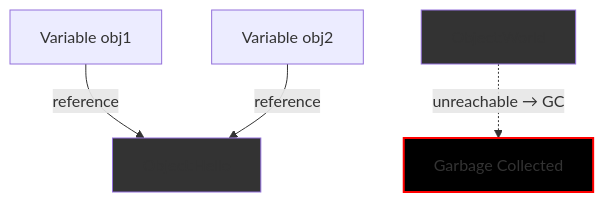
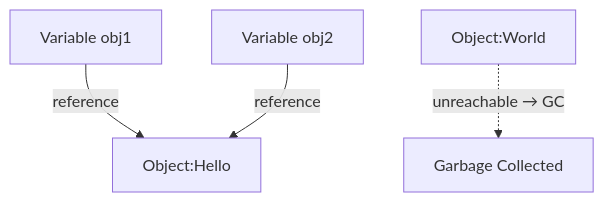
One commit to nbicocchi/learn-java-core changed the third of 3 diagrams in slides/E3.4 - Java Classes (Details).md. Above: the diagram before and after it, drawn with Mermaid. The commit also changed other lines of this file, not shown here.

````diff
--- a/slides/E3.4 - Java Classes (Details).md
+++ b/slides/E3.4 - Java Classes (Details).md
@@ -333,9 +331,6 @@
 ```mermaid
 flowchart TD
     obj1[Variable obj1] -->|reference| objA[Object:Hello]
     obj2[Variable obj2] -->|reference| objA[Object:Hello]
     Object:World -.->|unreachable → GC| GC[Garbage Collected]
-    style GC fill:#000,stroke:#f00,stroke-width:2px
-    style objA fill:#333
-    style Object:World fill:#333
 ```
````
